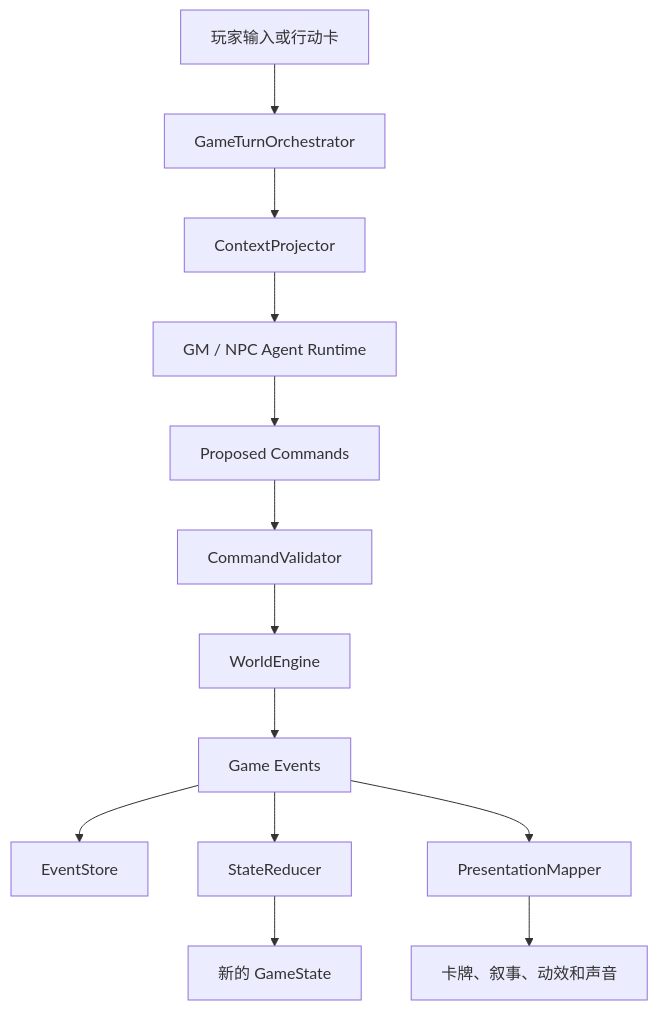
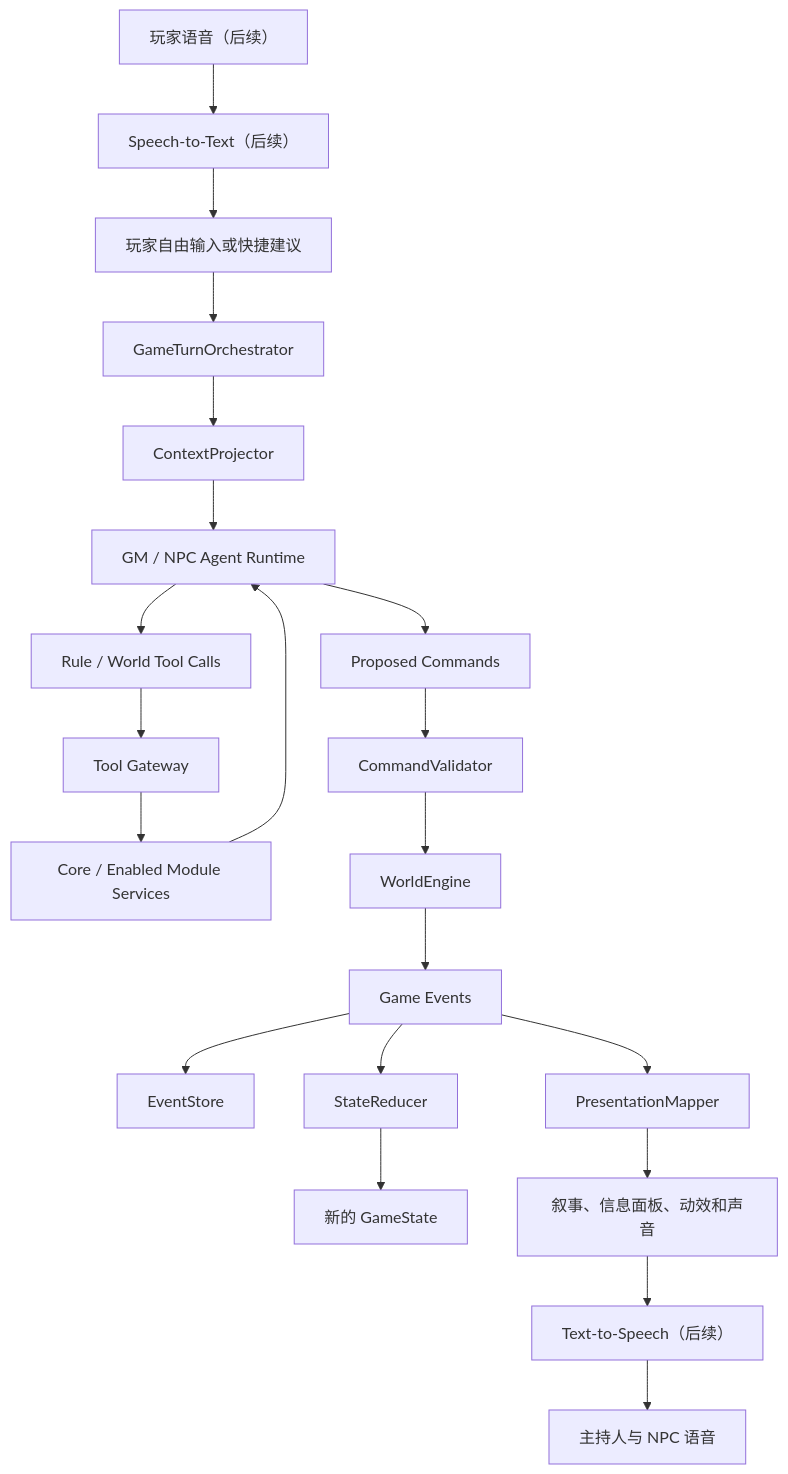
Before and after one commit to mikyan/WorldLoom: the fifth of 5 diagrams in docs/DESIGN.md, drawn with Mermaid. The commit also changed other lines of this file and 3 other files, not shown here.

Commit message:
docs: define configurable Worldloom architecture

````diff
--- a/docs/DESIGN.md
+++ b/docs/DESIGN.md
@@ -259,15 +544,23 @@
 ```mermaid
 flowchart TD
-    A["玩家输入或行动卡"] --> B["GameTurnOrchestrator"]
+    VA["玩家语音（后续）"] --> STT["Speech-to-Text（后续）"]
+    STT --> A
+    A["玩家自由输入或快捷建议"] --> B["GameTurnOrchestrator"]
     B --> C["ContextProjector"]
     C --> D["GM / NPC Agent Runtime"]
+    D --> T["Rule / World Tool Calls"]
+    T --> TG["Tool Gateway"]
+    TG --> R["Core / Enabled Module Services"]
+    R --> D
     D --> E["Proposed Commands"]
     E --> F["CommandValidator"]
     F --> G["WorldEngine"]
     G --> H["Game Events"]
     H --> I["EventStore"]
     H --> J["StateReducer"]
     J --> K["新的 GameState"]
     H --> L["PresentationMapper"]
-    L --> M["卡牌、叙事、动效和声音"]
+    L --> M["叙事、信息面板、动效和声音"]
+    M --> TTS["Text-to-Speech（后续）"]
+    TTS --> VO["主持人与 NPC 语音"]
 ```
````
